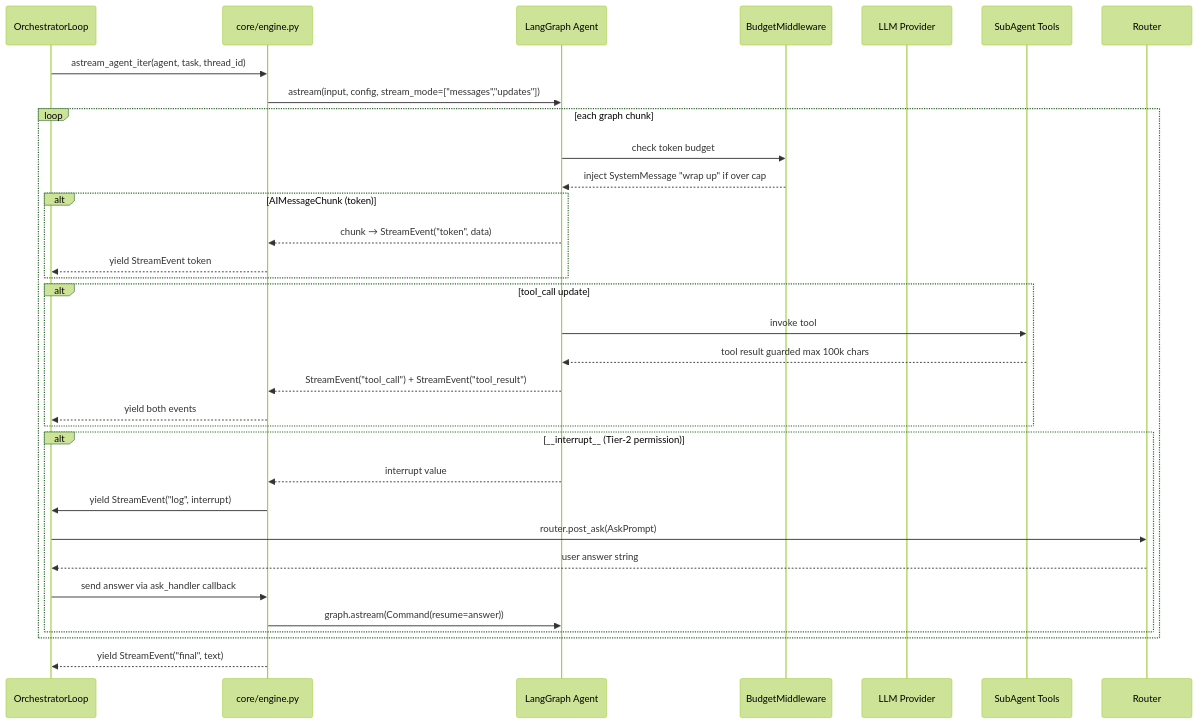
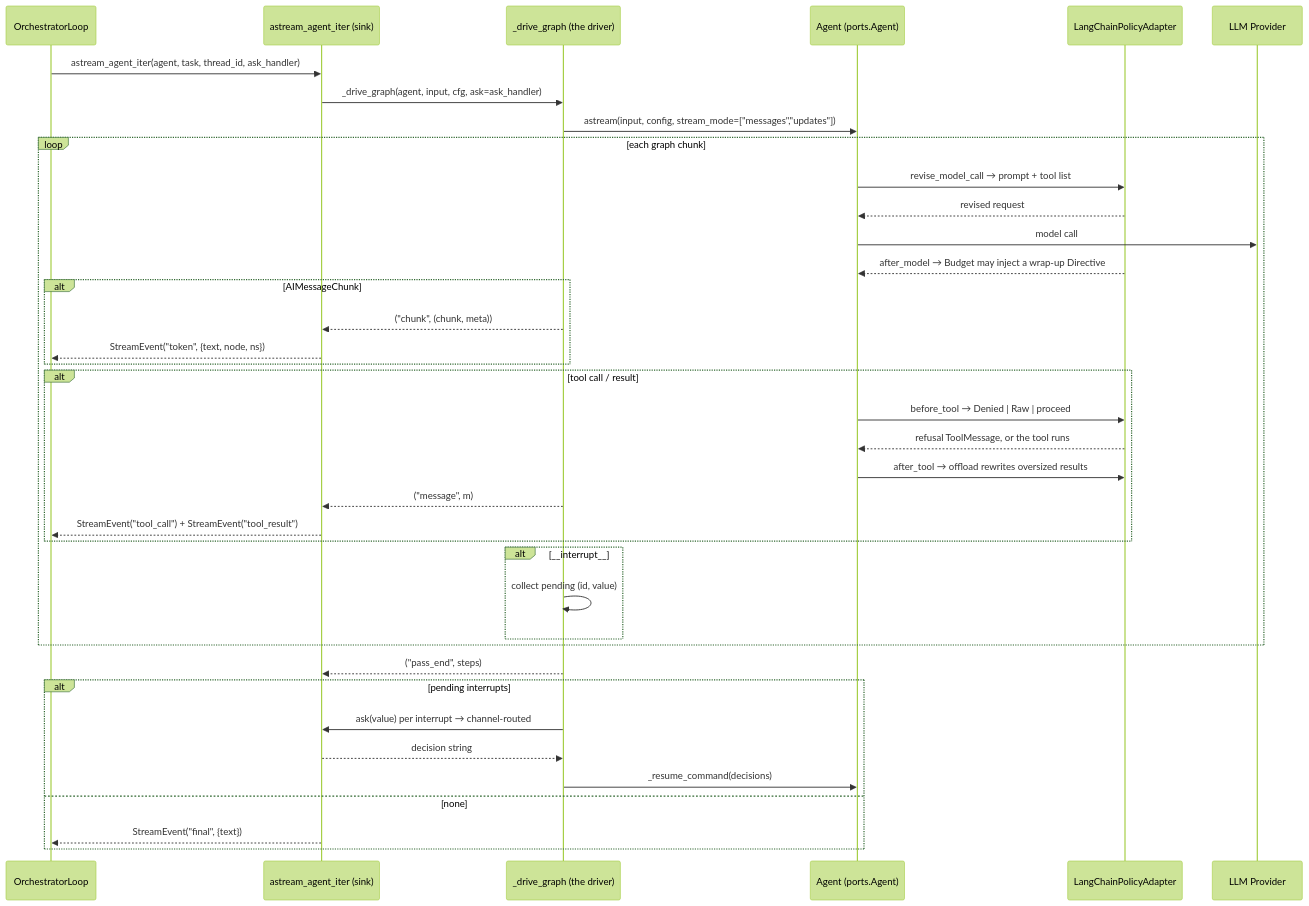
Before and after one commit to Abhinav210310453045/YUYUTSAVA-backend: the seventh of 16 diagrams in DAEMON_ARCHITECTURE.md, drawn with Mermaid (forest theme). The commit also changed other lines of this file and 233 other files, not shown here.

````diff
--- a/DAEMON_ARCHITECTURE.md
+++ b/DAEMON_ARCHITECTURE.md
@@ -248,40 +308,46 @@
 ```mermaid
 sequenceDiagram
     participant OL as OrchestratorLoop
-    participant Engine as core/engine.py
-    participant Graph as LangGraph Agent
-    participant BM as BudgetMiddleware
+    participant Sink as astream_agent_iter (sink)
+    participant Drive as _drive_graph (the driver)
+    participant Graph as Agent (ports.Agent)
+    participant Pol as LangChainPolicyAdapter
     participant LLM as LLM Provider
-    participant Tools as SubAgent Tools
 
-    OL->>Engine: astream_agent_iter(agent, task, thread_id)
-    Engine->>Graph: astream(input, config, stream_mode=["messages","updates"])
+    OL->>Sink: astream_agent_iter(agent, task, thread_id, ask_handler)
+    Sink->>Drive: _drive_graph(agent, input, cfg, ask=ask_handler)
+    Drive->>Graph: astream(input, config, stream_mode=["messages","updates"])
 
     loop each graph chunk
-        Graph->>BM: check token budget
-        BM-->>Graph: inject SystemMessage "wrap up" if over cap
+        Graph->>Pol: revise_model_call → prompt + tool list
+        Pol-->>Graph: revised request
+        Graph->>LLM: model call
+        Pol-->>Graph: after_model → Budget may inject a wrap-up Directive
 
-        alt AIMessageChunk (token)
-            Graph-->>Engine: chunk → StreamEvent("token", data)
-            Engine-->>OL: yield StreamEvent token
+        alt AIMessageChunk
+            Drive-->>Sink: ("chunk", (chunk, meta))
+            Sink-->>OL: StreamEvent("token", {text, node, ns})
         end
 
-        alt tool_call update
-            Graph->>Tools: invoke tool
-            Tools-->>Graph: tool result guarded max 100k chars
-            Graph-->>Engine: StreamEvent("tool_call") + StreamEvent("tool_result")
-            Engine-->>OL: yield both events
+        alt tool call / result
+            Graph->>Pol: before_tool → Denied | Raw | proceed
+            Pol-->>Graph: refusal ToolMessage, or the tool runs
+            Graph->>Pol: after_tool → offload rewrites oversized results
+            Drive-->>Sink: ("message", m)
+            Sink-->>OL: StreamEvent("tool_call") + StreamEvent("tool_result")
         end
 
-        alt __interrupt__ (Tier-2 permission)
-            Graph-->>Engine: interrupt value
-            Engine->>OL: yield StreamEvent("log", interrupt)
-            OL->>Router: router.post_ask(AskPrompt)
-            Router-->>OL: user answer string
-            OL->>Engine: send answer via ask_handler callback
-            Engine->>Graph: graph.astream(Command(resume=answer))
+        alt __interrupt__
+            Drive->>Drive: collect pending (id, value)
         end
     end
 
-    Engine-->>OL: yield StreamEvent("final", text)
+    Drive-->>Sink: ("pass_end", steps)
+    alt pending interrupts
+        Drive->>Sink: ask(value) per interrupt → channel-routed
+        Sink-->>Drive: decision string
+        Drive->>Graph: _resume_command(decisions)
+    else none
+        Sink-->>OL: StreamEvent("final", {text})
+    end
 ```
````
